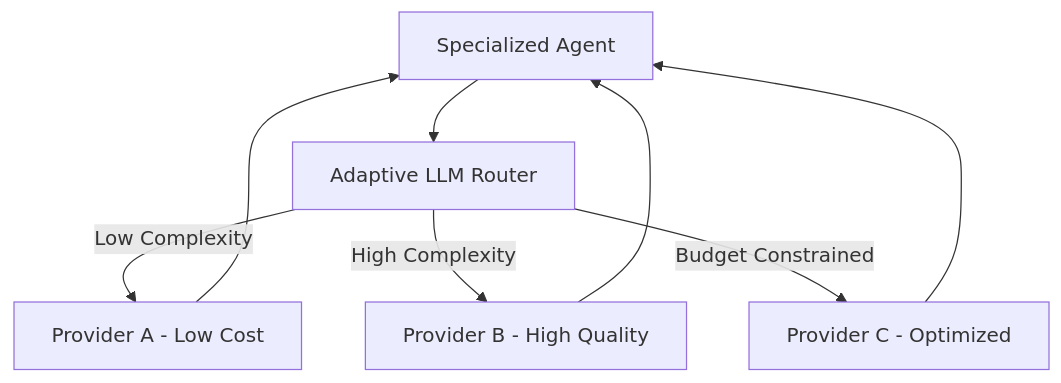
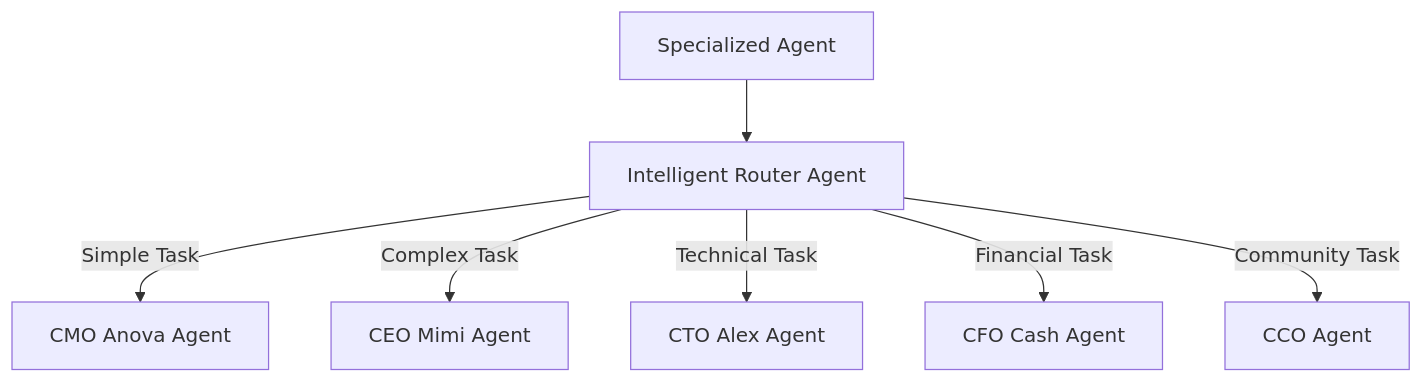
One commit to 371-Minds/os changed the tenth of 10 diagrams in .qoder/repowiki/en/content/Agent Ecosystem/Specialized Agents/Specialized Agents.md. Above: the diagram before and after it, drawn with Mermaid. The commit also changed other lines of this file and 28 other files, not shown here.

````diff
--- a/.qoder/repowiki/en/content/Agent Ecosystem/Specialized Agents/Specialized Agents.md
+++ b/.qoder/repowiki/en/content/Agent Ecosystem/Specialized Agents/Specialized Agents.md
@@ -530,10 +606,9 @@
 ```mermaid
 graph TD
-Agent[Specialized Agent] --> Router[Adaptive LLM Router]
-Router --> |Low Complexity| ProviderA[Provider A - Low Cost]
-Router --> |High Complexity| ProviderB[Provider B - High Quality]
-Router --> |Budget Constrained| ProviderC[Provider C - Optimized]
-ProviderA --> Agent
-ProviderB --> Agent
-ProviderC --> Agent
+Agent[Specialized Agent] --> Router[Intelligent Router Agent]
+Router --> |Simple Task| CMO[CMO Anova Agent]
+Router --> |Complex Task| CEO[CEO Mimi Agent]
+Router --> |Technical Task| CTO[CTO Alex Agent]
+Router --> |Financial Task| CFO[CFO Cash Agent]
+Router --> |Community Task| CCO[CCO Agent]
 ```
````
